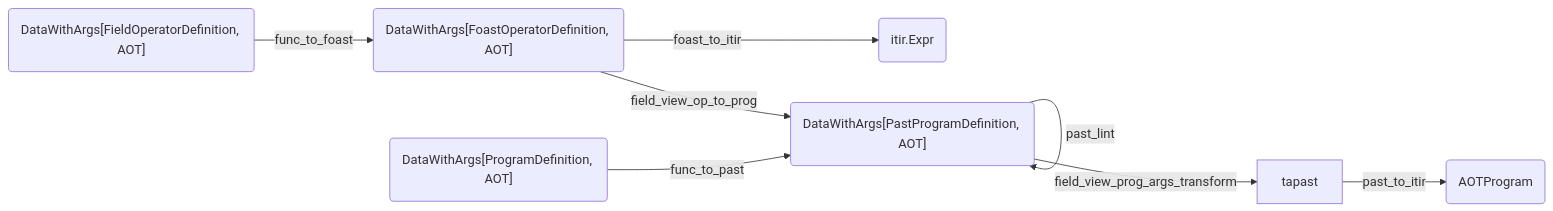
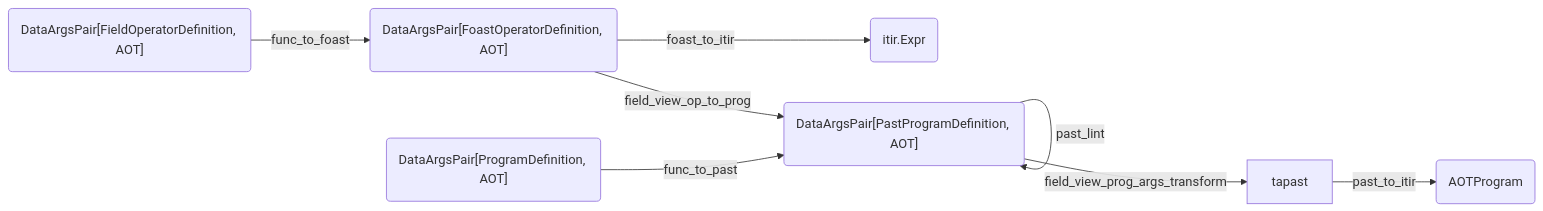
Before and after one commit to GridTools/gt4py: the first of 10 diagrams in docs/user/next/advanced/ToolchainWalkthrough.md, drawn with Mermaid. The commit also changed other lines of this file and 15 other files, not shown here.

````diff
--- a/docs/user/next/advanced/ToolchainWalkthrough.md
+++ b/docs/user/next/advanced/ToolchainWalkthrough.md
@@ -23,12 +23,12 @@
 ```mermaid
 graph LR
 
-fdef("DataWithArgs[FieldOperatorDefinition, AOT]") -->|func_to_foast| foast("DataWithArgs[FoastOperatorDefinition, AOT]")
+fdef("DataArgsPair[FieldOperatorDefinition, AOT]") -->|func_to_foast| foast("DataArgsPair[FoastOperatorDefinition, AOT]")
 foast -->|foast_to_itir| itir_expr(itir.Expr)
-foast -->|field_view_op_to_prog| past("DataWithArgs[PastProgramDefinition, AOT]")
+foast -->|field_view_op_to_prog| past("DataArgsPair[PastProgramDefinition, AOT]")
 past -->|past_lint| past
 past -->|field_view_prog_args_transform| tapast
 tapast -->|past_to_itir| pcall(AOTProgram)
 
-pdef("DataWithArgs[ProgramDefinition, AOT]") -->|func_to_past| past("DataWithArgs[PastProgramDefinition, AOT]")
+pdef("DataArgsPair[ProgramDefinition, AOT]") -->|func_to_past| past("DataArgsPair[PastProgramDefinition, AOT]")
 ```
````
